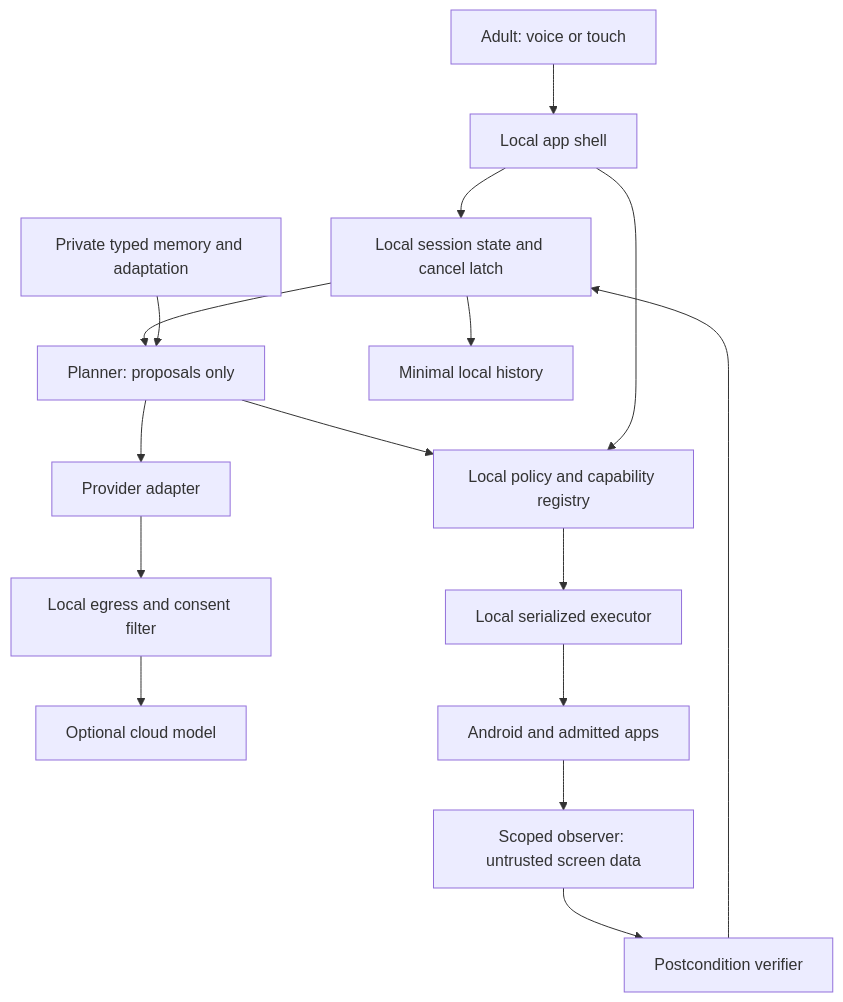
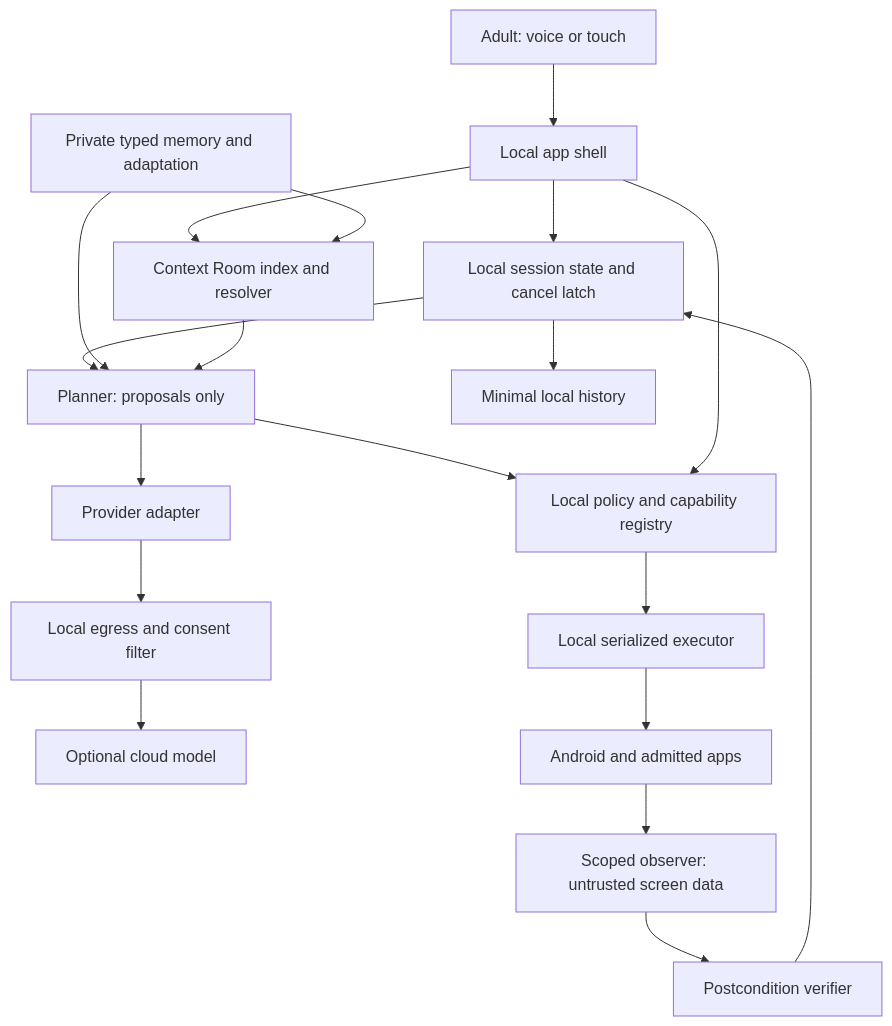
Before and after one commit to Pueblo98/Granny: the diagram in docs/04-architecture/system-overview.md, drawn with Mermaid. The commit also changed other lines of this file and 16 other files, not shown here.

````diff
--- a/docs/04-architecture/system-overview.md
+++ b/docs/04-architecture/system-overview.md
@@ -19,18 +20,21 @@
 ```mermaid
 flowchart TD
  U[Adult: voice or touch] --> UI[Local app shell]
  UI --> S[Local session state and cancel latch]
  S --> P[Planner: proposals only]
  P --> A[Provider adapter]
  A --> E[Local egress and consent filter]
  E --> C[Optional cloud model]
  P --> G[Local policy and capability registry]
  UI --> G
  G --> X[Local serialized executor]
  X --> OS[Android and admitted apps]
  OS --> O[Scoped observer: untrusted screen data]
  O --> V[Postcondition verifier]
  V --> S
  S --> H[Minimal local history]
  M[Private typed memory and adaptation] --> P
+ R[Context Room index and resolver] --> P
+ UI --> R
+ M --> R
 ```
````
